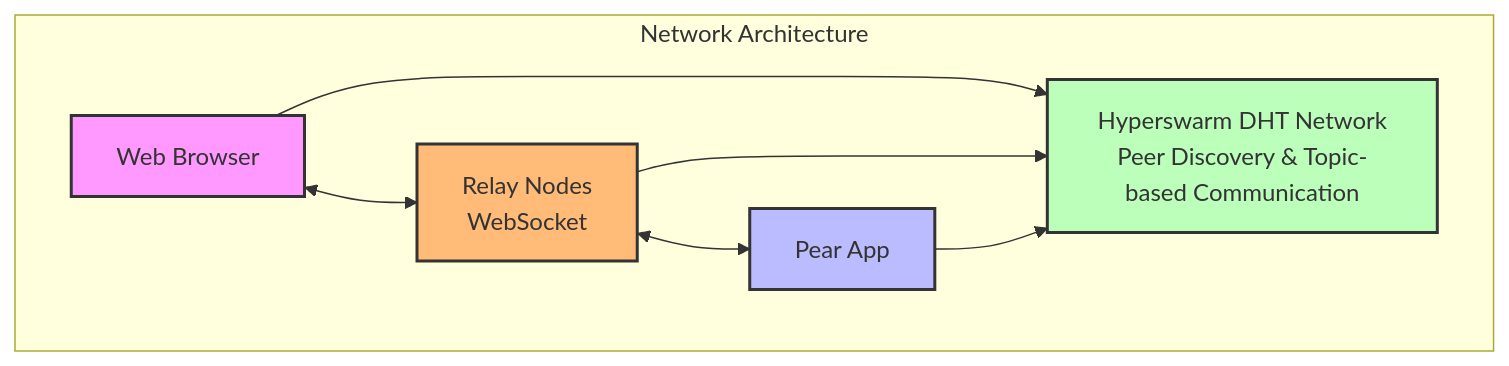
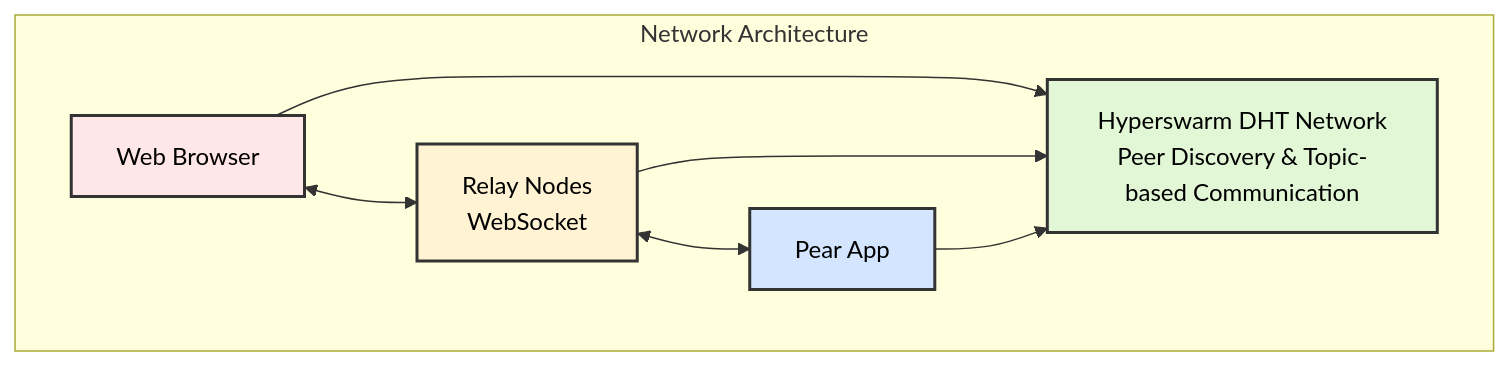
One commit to Jitpomi/hyperswarm-web changed the third of 5 diagrams in README.md. Above: the diagram before and after it, drawn with Mermaid. The commit also changed other lines of this file, not shown here.

````diff
--- a/README.md
+++ b/README.md
@@ -80,14 +84,14 @@
 ```mermaid
 graph TB
     subgraph Network[Network Architecture]
         WB[Web Browser] <--> RN[Relay Nodes<br>WebSocket]
         RN <--> PA[Pear App]
         WB --> DHT[Hyperswarm DHT Network<br>Peer Discovery & Topic-based Communication]
         RN --> DHT
         PA --> DHT
     end
-    style WB fill:#f9f,stroke:#333,stroke-width:2px
-    style RN fill:#fb7,stroke:#333,stroke-width:2px
-    style PA fill:#bbf,stroke:#333,stroke-width:2px
-    style DHT fill:#bfb,stroke:#333,stroke-width:2px
+    style WB fill:#ffe7e7,stroke:#333,stroke-width:2px,color:#000
+    style RN fill:#fff3d4,stroke:#333,stroke-width:2px,color:#000
+    style PA fill:#d4e6ff,stroke:#333,stroke-width:2px,color:#000
+    style DHT fill:#e1f7d5,stroke:#333,stroke-width:2px,color:#000
 ```
````
